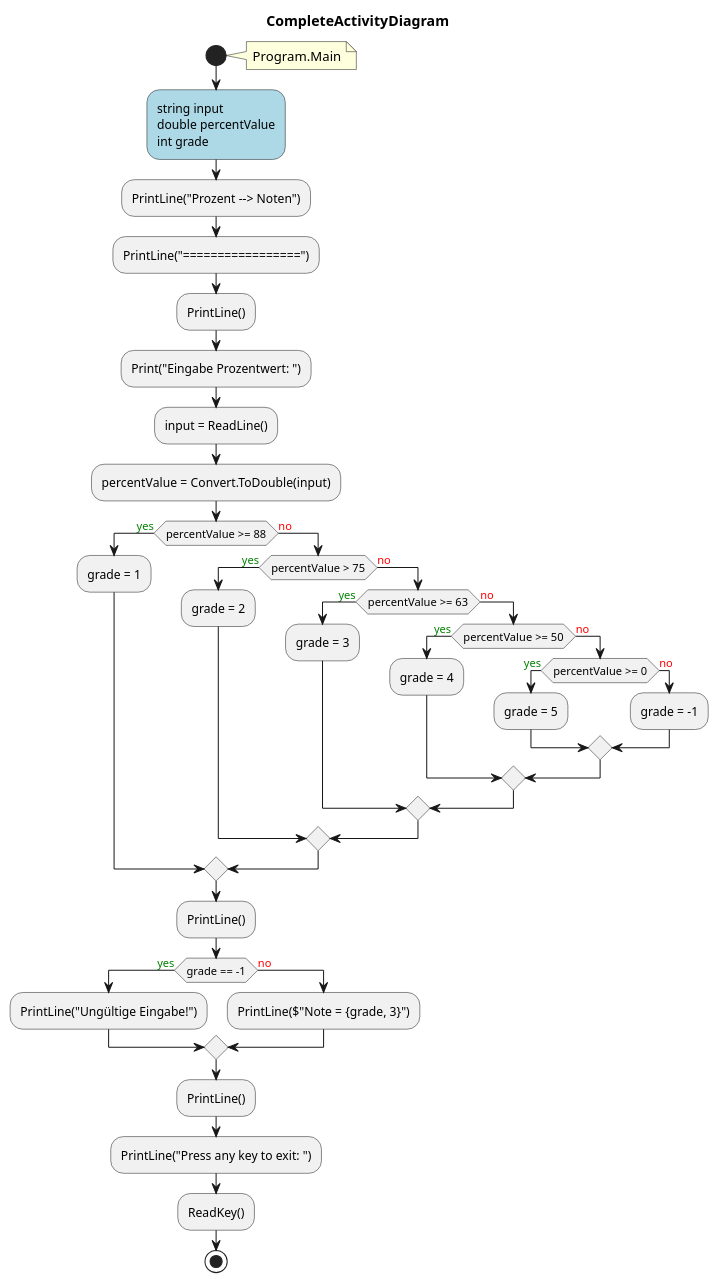
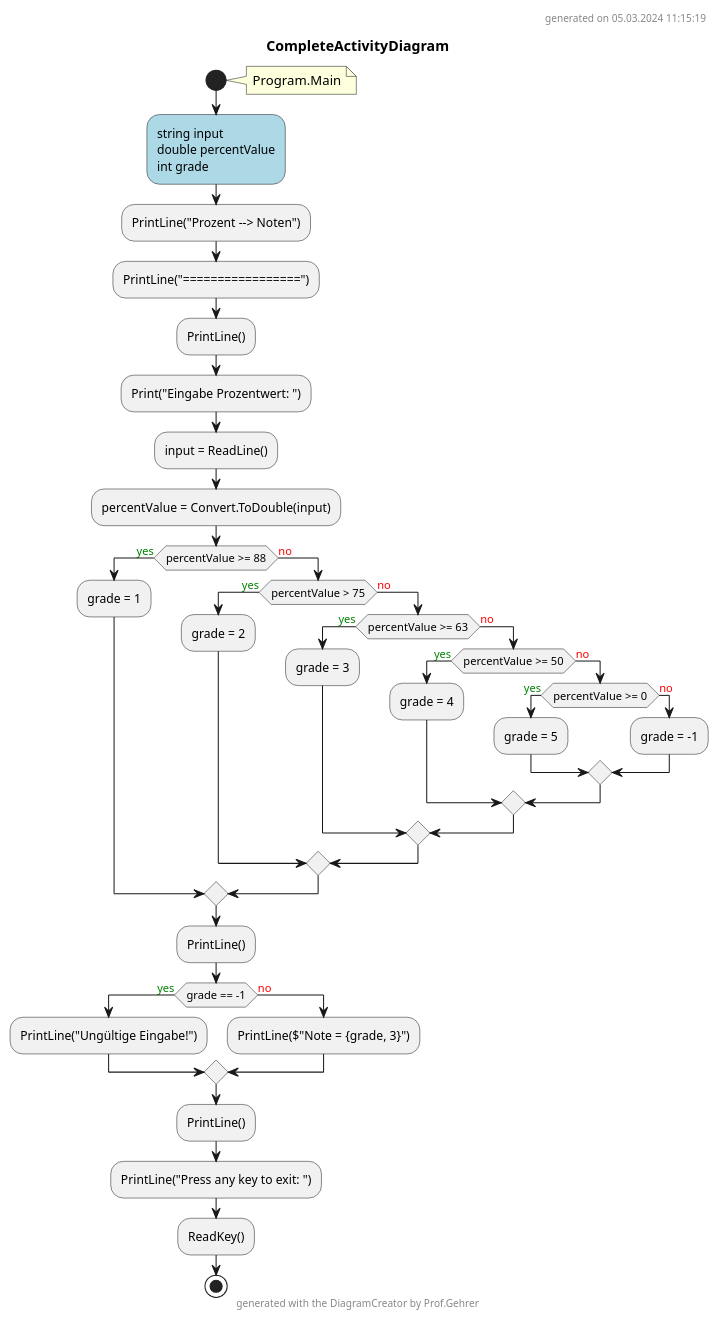
Before and after one commit to leoggehrer/2324-34_ABIF_ACIF_POSE: the diagram in PercentToGrade.ConApp/Diagrams/CompleteActivityDiagram.puml, drawn with PlantUML. The commit also changed 147 other files, not shown here.

Commit message:
Added diagrams.

```diff
--- a/PercentToGrade.ConApp/Diagrams/CompleteActivityDiagram.puml
+++ b/PercentToGrade.ConApp/Diagrams/CompleteActivityDiagram.puml
@@ -1,45 +1,54 @@
 @startuml CompleteActivityDiagram
+header
+generated on 05.03.2024 11:15:19
+end header
 title CompleteActivityDiagram
 start
 note right:  Program.Main
 #LightBlue:string input
 double percentValue
 int grade;
 :PrintLine("Prozent --> Noten");
 :PrintLine("=================");
 :PrintLine();
 :Print("Eingabe Prozentwert: ");
 :input = ReadLine();
 :percentValue = Convert.ToDouble(input);
 if (percentValue >= 88) then (<color:green>yes)
     :grade = 1;
   else (<color:red>no)
     if (percentValue > 75) then (<color:green>yes)
         :grade = 2;
       else (<color:red>no)
         if (percentValue >= 63) then (<color:green>yes)
             :grade = 3;
           else (<color:red>no)
             if (percentValue >= 50) then (<color:green>yes)
                 :grade = 4;
               else (<color:red>no)
                 if (percentValue >= 0) then (<color:green>yes)
                     :grade = 5;
                   else (<color:red>no)
                       :grade = -1;
                 endif
             endif
         endif
     endif
 endif
 :PrintLine();
 if (grade == -1) then (<color:green>yes)
     :PrintLine("Ungültige Eingabe!");
   else (<color:red>no)
       :PrintLine($"Note = {grade, 3}");
 endif
 :PrintLine();
 :PrintLine("Press any key to exit: ");
 :ReadKey();
+footer
+generated with the DiagramCreator by Prof.Gehrer
+end footer
 stop
+footer
+generated with the DiagramCreator by Prof.Gehrer
+end footer
 @enduml
```
